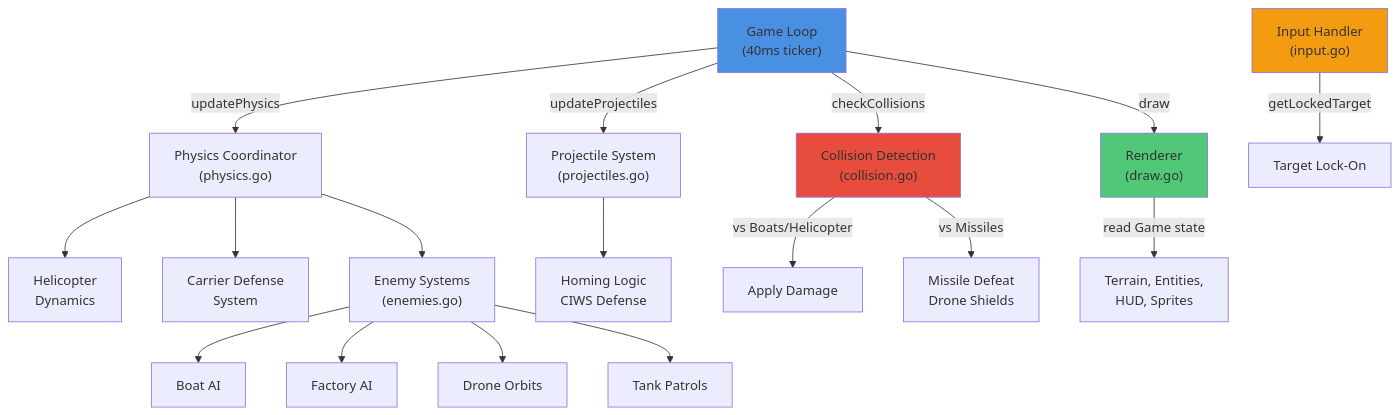
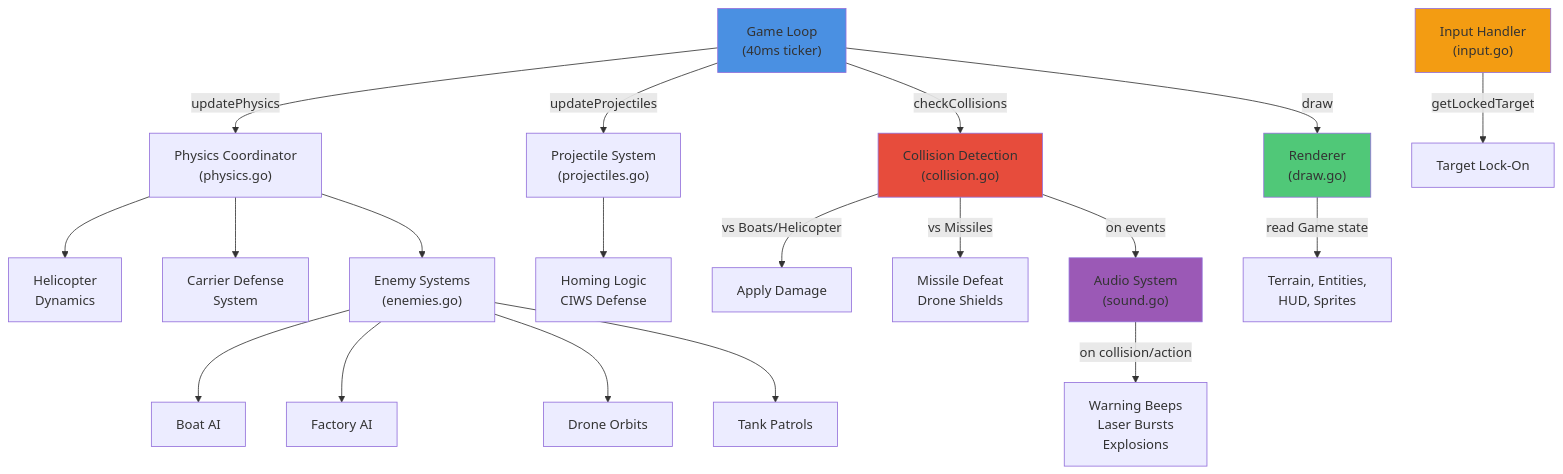
The diagram in ARCHITECTURE.md (mdfranz/gobungle), drawn with Mermaid before and after one commit. The commit also changed other lines of this file, not shown here.

````diff
--- a/ARCHITECTURE.md
+++ b/ARCHITECTURE.md
@@ -19,32 +19,36 @@
 ```mermaid
 graph TB
     GL["Game Loop<br/>(40ms ticker)"]
     GL -->|updatePhysics| PhysicsC["Physics Coordinator<br/>(physics.go)"]
     GL -->|checkCollisions| Collision["Collision Detection<br/>(collision.go)"]
     GL -->|draw| Render["Renderer<br/>(draw.go)"]
     
     PhysicsC --> Heli["Helicopter<br/>Dynamics"]
     PhysicsC --> CarrierDef["Carrier Defense<br/>System"]
     PhysicsC --> Enemies["Enemy Systems<br/>(enemies.go)"]
     
     Enemies --> Boats["Boat AI"]
     Enemies --> Factories["Factory AI"]
     Enemies --> Drones["Drone Orbits"]
     Enemies --> Tanks["Tank Patrols"]
     
     GL -->|updateProjectiles| Projectiles["Projectile System<br/>(projectiles.go)"]
     Projectiles --> Homing["Homing Logic<br/>CIWS Defense"]
     
     Collision -->|vs Boats/Helicopter| Damage["Apply Damage"]
     Collision -->|vs Missiles| MissileDef["Missile Defeat<br/>Drone Shields"]
+    Collision -->|on events| Audio["Audio System<br/>(sound.go)"]
     
     Input["Input Handler<br/>(input.go)"]
     Input -->|getLockedTarget| LockOn["Target Lock-On"]
     
     Render -->|read Game state| RenderAll["Terrain, Entities,<br/>HUD, Sprites"]
     
+    Audio -->|on collision/action| SoundOut["Warning Beeps<br/>Laser Bursts<br/>Explosions"]
+    
     style GL fill:#4a90e2
     style Render fill:#50c878
     style Collision fill:#e74c3c
     style Input fill:#f39c12
+    style Audio fill:#9b59b6
 ```
````
